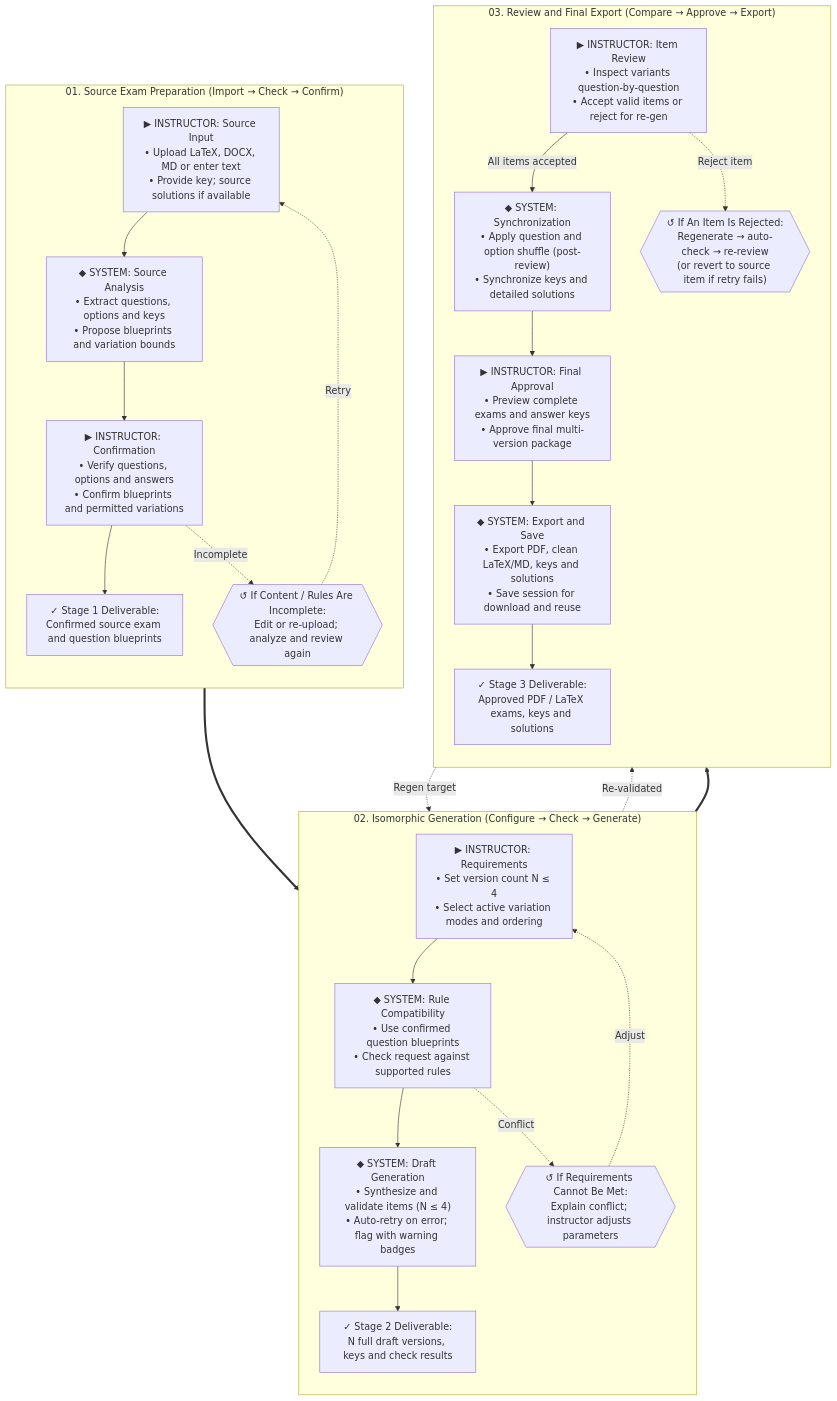
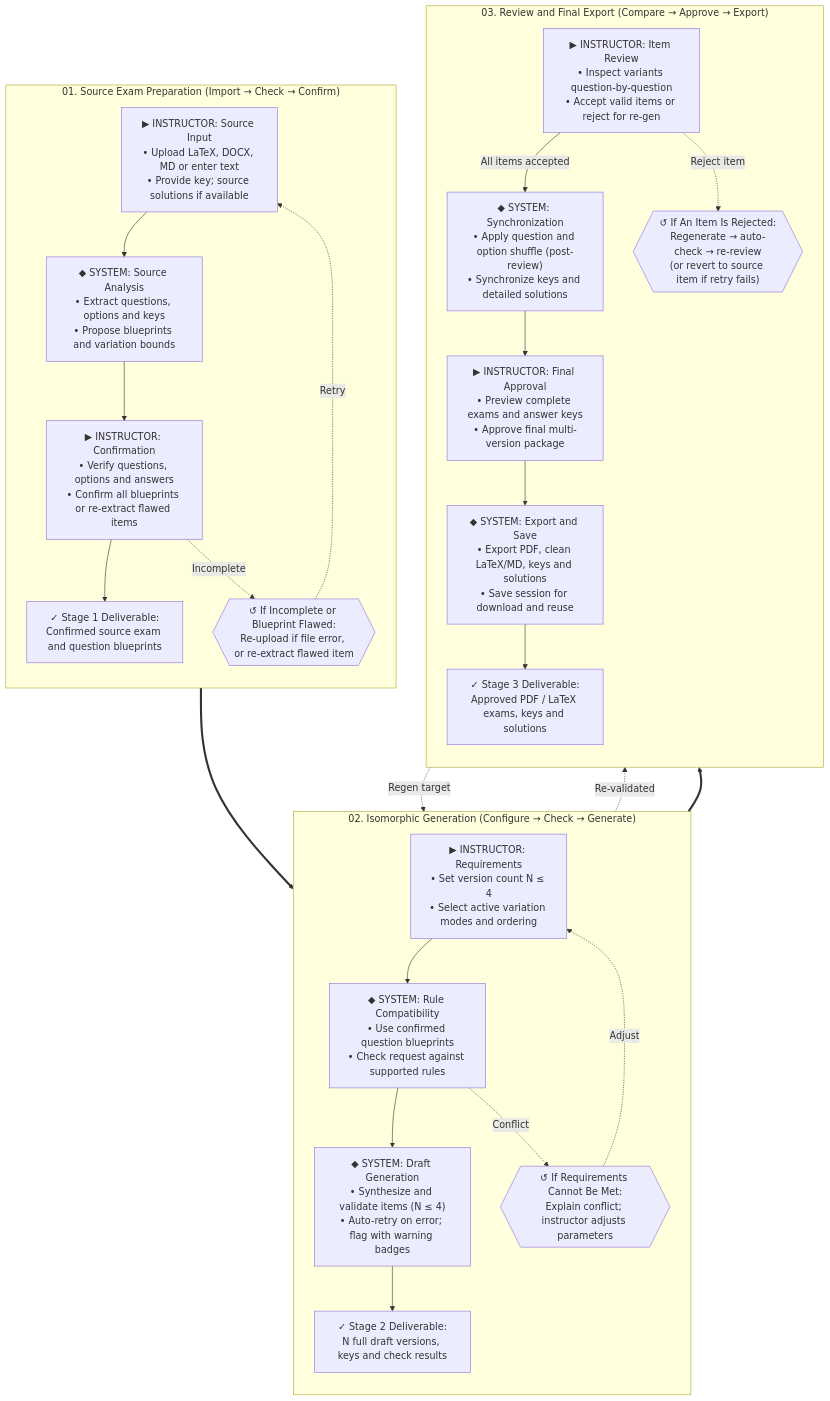
Before and after one commit to Computational-Thinking-Project/isomorphic-exam-synthesizer: the second of 2 diagrams in docs/description.md, drawn with Mermaid. The commit also changed other lines of this file and 2 other files, not shown here.

Commit message:
docs(stage1): streamline Stage 1 workflow and record ADR-002
- Update docs/description.md: UC05, UC06, and Stage 1 pipeline to reflect zero-editing and targeted re-extraction
- Update docs/architecture.md: FE-05, BE-03, and Stage 1 sequence diagram to remove PUT/PATCH and add re-extract/confirm-all
- Add ADR-002 to docs/change_log.md documenting rationale for eliminating manual source editing

````diff
--- a/docs/description.md
+++ b/docs/description.md
@@ -148,65 +148,65 @@
 ```mermaid
 flowchart TB
     %% ============================================================
     %% STAGE 1: Source Exam Preparation
     %% ============================================================
     subgraph Stage1 ["01. Source Exam Preparation (Import → Check → Confirm)"]
         direction TB
         S1_1["▶ INSTRUCTOR: Source Input<br/>• Upload LaTeX, DOCX, MD or enter text<br/>• Provide key; source solutions if available"]
         S1_2["◆ SYSTEM: Source Analysis<br/>• Extract questions, options and keys<br/>• Propose blueprints and variation bounds"]
-        S1_3["▶ INSTRUCTOR: Confirmation<br/>• Verify questions, options and answers<br/>• Confirm blueprints and permitted variations"]
-        S1_Warn{{"↺ If Content / Rules Are Incomplete:<br/>Edit or re-upload; analyze and review again"}}
+        S1_3["▶ INSTRUCTOR: Confirmation<br/>• Verify questions, options and answers<br/>• Confirm all blueprints or re-extract flawed items"]
+        S1_Warn{{"↺ If Incomplete or Blueprint Flawed:<br/>Re-upload if file error, or re-extract flawed item"}}
         S1_Res["✓ Stage 1 Deliverable:<br/>Confirmed source exam and question blueprints"]
 
         S1_1 --> S1_2
         S1_2 --> S1_3
         S1_3 --> S1_Res
         S1_3 -. "Incomplete" .-> S1_Warn
         S1_Warn -. "Retry" .-> S1_1
     end
 
     %% ============================================================
     %% STAGE 2: Isomorphic Generation
     %% ============================================================
     subgraph Stage2 ["02. Isomorphic Generation (Configure → Check → Generate)"]
         direction TB
         S2_1["▶ INSTRUCTOR: Requirements<br/>• Set version count N ≤ 4<br/>• Select active variation modes and ordering"]
         S2_2["◆ SYSTEM: Rule Compatibility<br/>• Use confirmed question blueprints<br/>• Check request against supported rules"]
         S2_Warn{{"↺ If Requirements Cannot Be Met:<br/>Explain conflict; instructor adjusts parameters"}}
         S2_3["◆ SYSTEM: Draft Generation<br/>• Synthesize and validate items (N ≤ 4)<br/>• Auto-retry on error; flag with warning badges"]
         S2_Res["✓ Stage 2 Deliverable:<br/>N full draft versions, keys and check results"]
 
         S2_1 --> S2_2
         S2_2 --> S2_3
         S2_2 -. "Conflict" .-> S2_Warn
         S2_Warn -. "Adjust" .-> S2_1
         S2_3 --> S2_Res
     end
 
     %% ============================================================
     %% STAGE 3: Review and Final Export
     %% ============================================================
     subgraph Stage3 ["03. Review and Final Export (Compare → Approve → Export)"]
         direction TB
         S3_1["▶ INSTRUCTOR: Item Review<br/>• Inspect variants question-by-question<br/>• Accept valid items or reject for re-gen"]
         S3_Warn{{"↺ If An Item Is Rejected:<br/>Regenerate → auto-check → re-review<br/>(or revert to source item if retry fails)"}}
         S3_2["◆ SYSTEM: Synchronization<br/>• Apply question and option shuffle (post-review)<br/>• Synchronize keys and detailed solutions"]
         S3_3["▶ INSTRUCTOR: Final Approval<br/>• Preview complete exams and answer keys<br/>• Approve final multi-version package"]
         S3_4["◆ SYSTEM: Export and Save<br/>• Export PDF, clean LaTeX/MD, keys and solutions<br/>• Save session for download and reuse"]
         S3_Res["✓ Stage 3 Deliverable:<br/>Approved PDF / LaTeX exams, keys and solutions"]
 
         S3_1 -->|"All items accepted"| S3_2
         S3_1 -. "Reject item" .-> S3_Warn
         S3_2 --> S3_3
         S3_3 --> S3_4
         S3_4 --> S3_Res
     end
 
     %% Inter-stage Transitions
     Stage1 ==> Stage2
     Stage2 ==> Stage3
 
     %% Closed Feedback Loop
     S3_Warn -. "Regen target" .-> S2_3
     S2_3 -. "Re-validated" .-> S3_1
 ```
````
